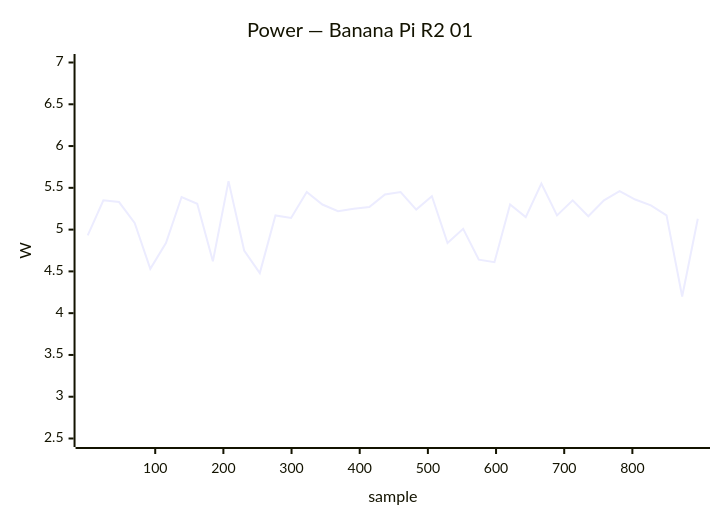
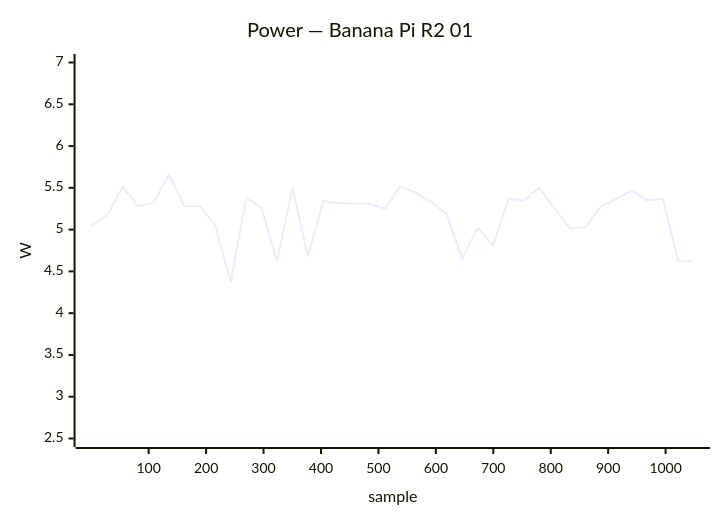
The eighth of 41 diagrams in docs/status/board-tests.md (armbian/documentation), drawn with Mermaid before and after one commit. The commit also changed other lines of this file, not shown here.

````diff
--- a/docs/status/board-tests.md
+++ b/docs/status/board-tests.md
@@ -442,7 +347,7 @@
 ```mermaid
 xychart-beta
     title "Power — Banana Pi R2 01"
-    x-axis "sample" 1 --> 896
+    x-axis "sample" 1 --> 1049
     y-axis "W" 2.5 --> 7.0
-    line [4.93, 5.35, 5.33, 5.08, 4.53, 4.84, 5.39, 5.31, 4.62, 5.58, 4.75, 4.48, 5.17, 5.14, 5.45, 5.30, 5.22, 5.25, 5.27, 5.42, 5.45, 5.24, 5.40, 4.84, 5.01, 4.64, 4.61, 5.30, 5.15, 5.55, 5.17, 5.35, 5.16, 5.35, 5.46, 5.36, 5.29, 5.17, 4.20, 5.13]
+    line [5.05, 5.17, 5.51, 5.28, 5.32, 5.66, 5.28, 5.28, 5.05, 4.37, 5.38, 5.26, 4.62, 5.50, 4.68, 5.34, 5.32, 5.31, 5.31, 5.25, 5.52, 5.44, 5.33, 5.18, 4.65, 5.02, 4.81, 5.37, 5.35, 5.50, 5.25, 5.01, 5.03, 5.28, 5.37, 5.47, 5.35, 5.37, 4.62, 4.62]
 ```
````
